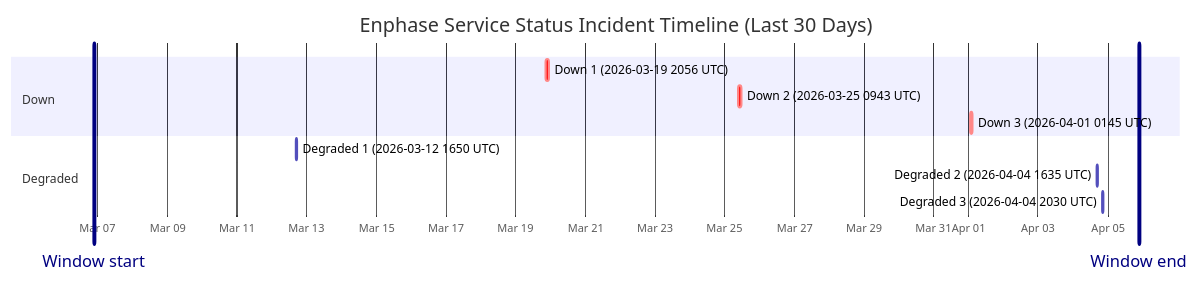
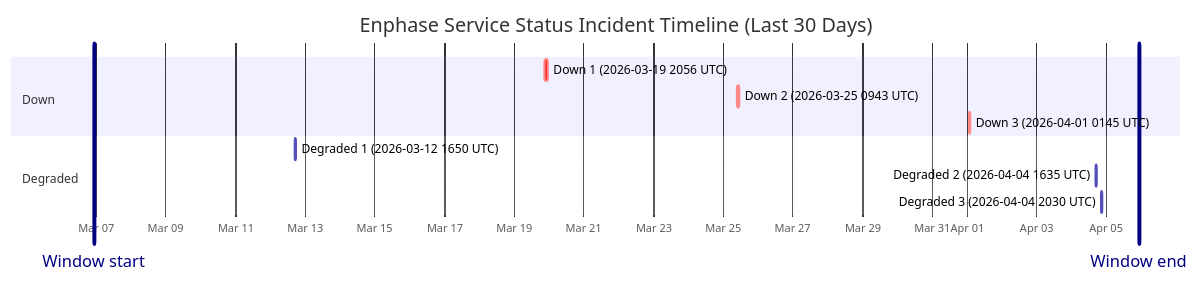
The diagram in wiki/Service-Status-History.md (barneyonline/ha-enphase-ev-charger), drawn with Mermaid before and after one commit. The commit also changed other lines of this file and 3 other files, not shown here.

````diff
--- a/wiki/Service-Status-History.md
+++ b/wiki/Service-Status-History.md
@@ -14,16 +14,16 @@
 ```mermaid
 gantt
     title Enphase Service Status Incident Timeline (Last 30 Days)
     dateFormat  YYYY-MM-DDTHH:mm:ss
     axisFormat  %b %d
-    Window start :vert, window-start, 2026-03-06T21:30:47, 0ms
-    Window end :vert, window-end, 2026-04-05T21:30:47, 0ms
+    Window start :vert, window-start, 2026-03-06T22:29:54, 0ms
+    Window end :vert, window-end, 2026-04-05T22:29:54, 0ms
     section Down
     Down 1 (2026-03-19 2056 UTC) :crit, down-1, 2026-03-19T20:56:20, 145m
     Down 2 (2026-03-25 0943 UTC) :crit, down-2, 2026-03-25T09:43:28, 111m
     Down 3 (2026-04-01 0145 UTC) :crit, down-3, 2026-04-01T01:45:09, 60m
     section Degraded
     Degraded 1 (2026-03-12 1650 UTC) :active, degraded-1, 2026-03-12T16:50:43, 60m
     Degraded 2 (2026-04-04 1635 UTC) :active, degraded-2, 2026-04-04T16:35:17, 60m
     Degraded 3 (2026-04-04 2030 UTC) :active, degraded-3, 2026-04-04T20:30:40, 60m
 ```
````
